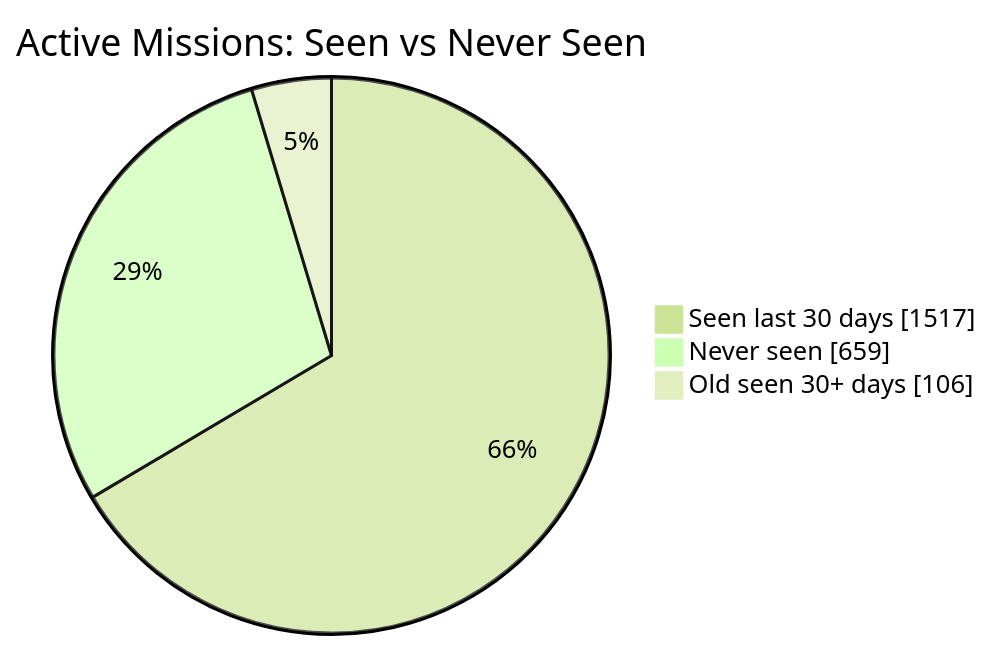
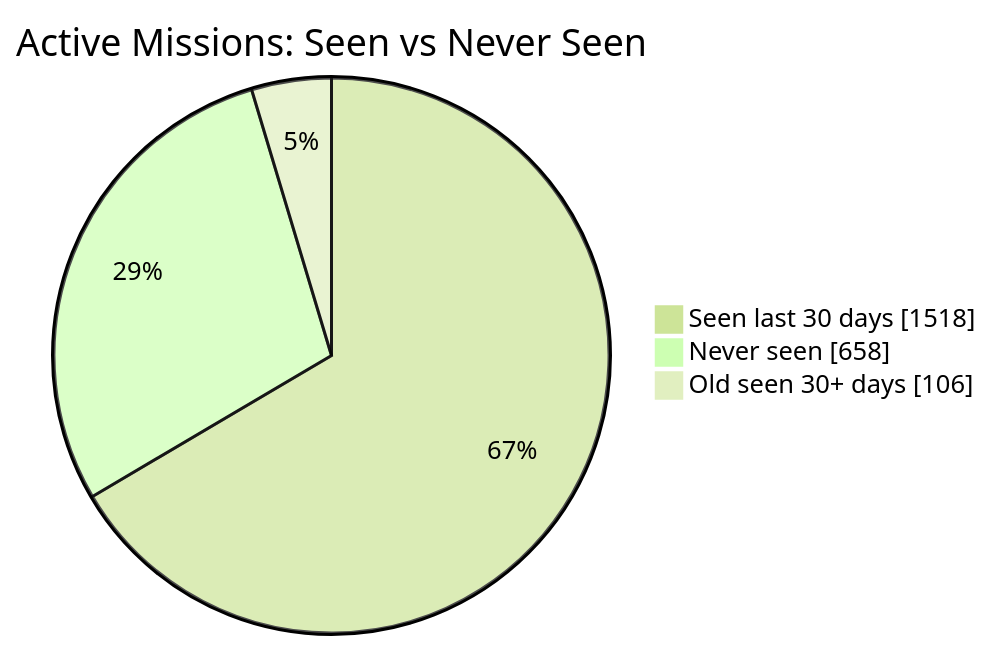
One commit to MeldkamerspelGameTeam/active-missions changed the first of 2 diagrams in README.md. Above: the diagram before and after it, drawn with Mermaid (forest theme). The commit also changed other lines of this file and 2 other files, not shown here.

````diff
--- a/README.md
+++ b/README.md
@@ -34,7 +34,7 @@
 ```mermaid
 pie showData
     title Active Missions: Seen vs Never Seen
-    "Seen last 30 days" : 1517
-    "Never seen" : 659
+    "Seen last 30 days" : 1518
+    "Never seen" : 658
     "Old seen 30+ days" : 106
 ```
````
